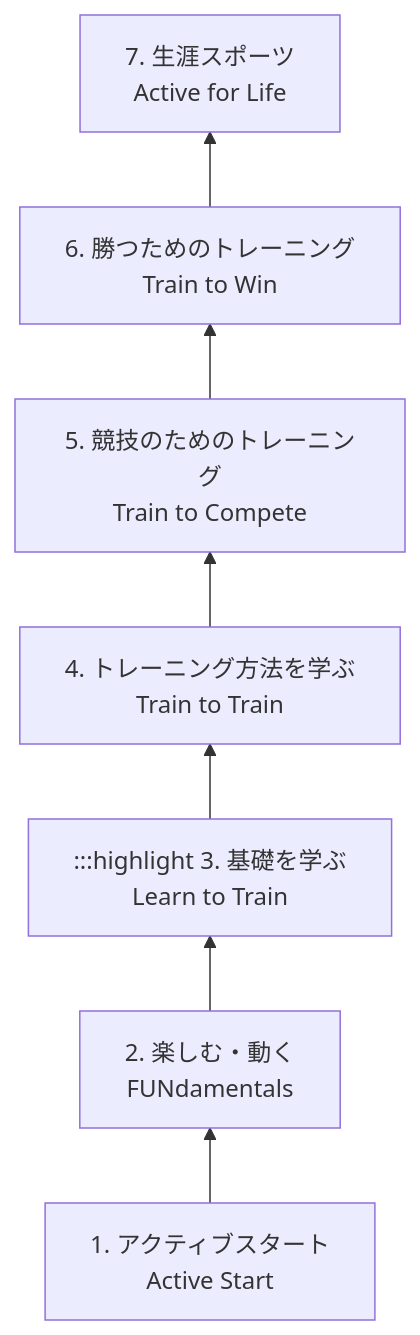
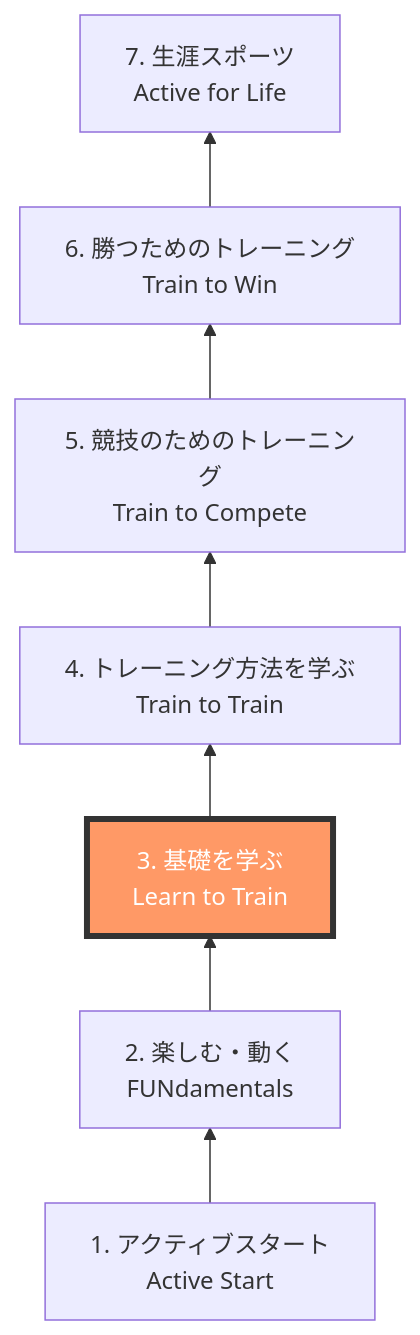
One commit to kawaiikumichan/asahicho-minibus-ops changed the diagram in docs/01_Coaching_Logics/ltad.md. Above: the diagram before and after it, drawn with Mermaid. The commit also changed other lines of this file, not shown here.

````diff
--- a/docs/01_Coaching_Logics/ltad.md
+++ b/docs/01_Coaching_Logics/ltad.md
@@ -10,13 +10,23 @@
 ```mermaid
 graph BT
-    %% ノードの定義（下から順に定義）
-    G[1. アクティブスタート<br>Active Start] --> F[2. 楽しむ・動く<br>FUNdamentals]
-    F --> E[:::highlight 3. 基礎を学ぶ<br>Learn to Train]
-    E --> D[4. トレーニング方法を学ぶ<br>Train to Train]
-    D --> C[5. 競技のためのトレーニング<br>Train to Compete]
-    C --> B[6. 勝つためのトレーニング<br>Train to Win]
-    B --> A[7. 生涯スポーツ<br>Active for Life]
+    %% ノードの定義（下から順に積み上げ）
+    G[1. アクティブスタート<br>Active Start]
+    F[2. 楽しむ・動く<br>FUNdamentals]
+    E[3. 基礎を学ぶ<br>Learn to Train]
+    D[4. トレーニング方法を学ぶ<br>Train to Train]
+    C[5. 競技のためのトレーニング<br>Train to Compete]
+    B[6. 勝つためのトレーニング<br>Train to Win]
+    A[7. 生涯スポーツ<br>Active for Life]
 
-    %% 色のデザイン設定
+    %% つながり線
+    G --> F
+    F --> E
+    E --> D
+    D --> C
+    C --> B
+    B --> A
+
+    %% 色付け（今ここ！を目立たせる）
     classDef highlight fill:#f96,stroke:#333,stroke-width:4px,color:white;
+    class E highlight
 ```
````
